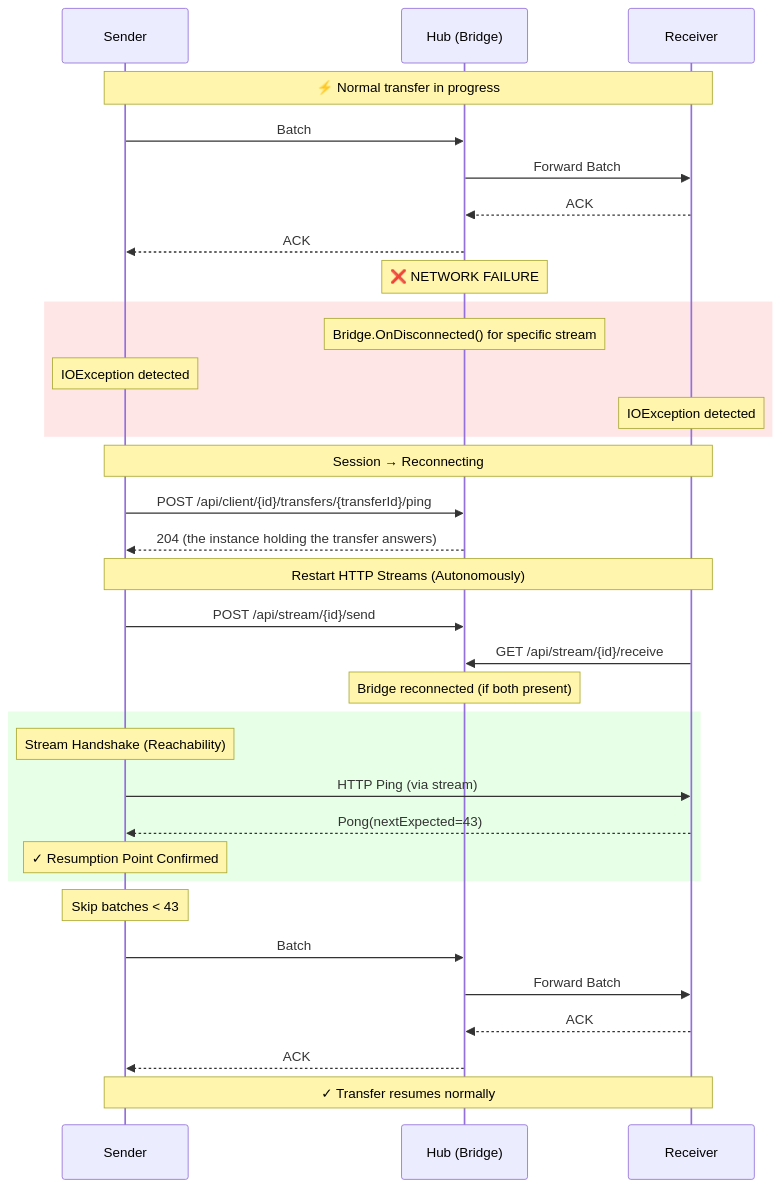
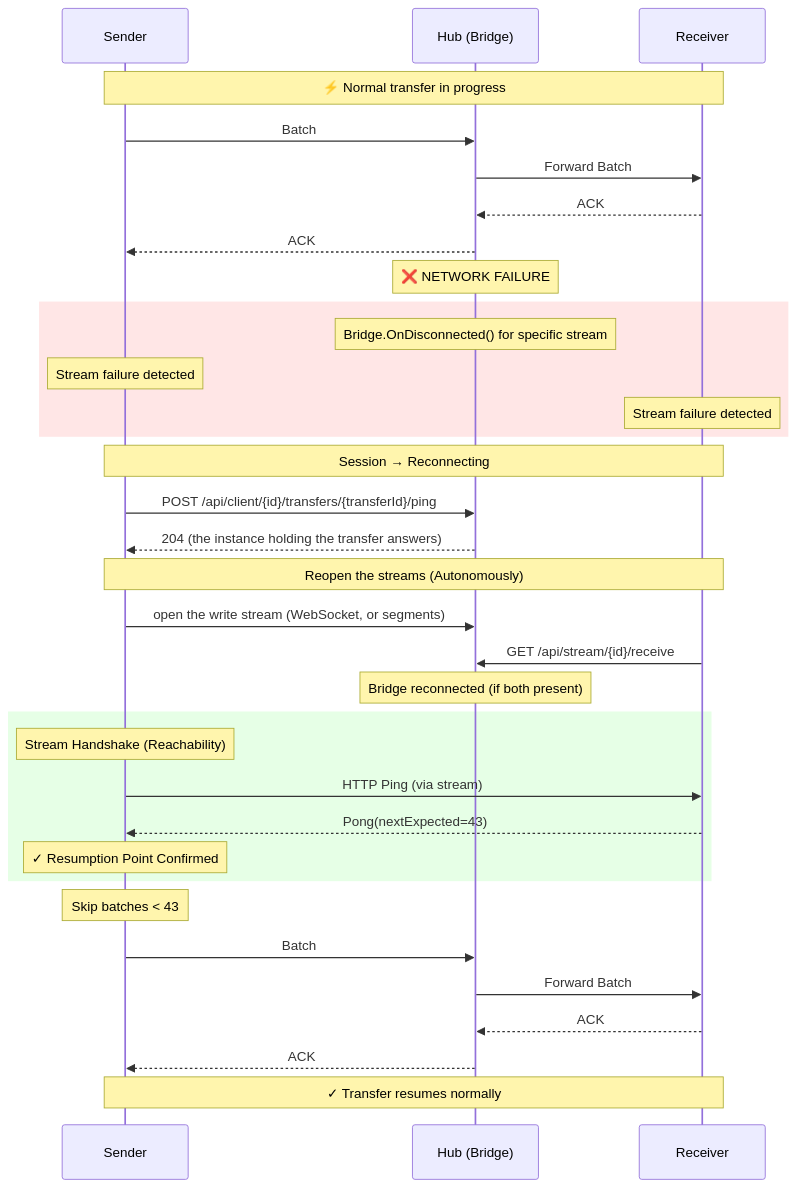
Before and after one commit to nicopon/transportr: the first of 3 diagrams in ResilienceArchitecture.md, drawn with Mermaid. The commit also changed other lines of this file and 7 other files, not shown here.

First line of the commit message:
docs: describe the write streams as a WebSocket with segments as the fallback

````diff
--- a/ResilienceArchitecture.md
+++ b/ResilienceArchitecture.md
@@ -87,48 +91,48 @@
 ```mermaid
 sequenceDiagram
     participant S as Sender
     participant H as Hub (Bridge)
     participant R as Receiver
 
     Note over S,R: ⚡ Normal transfer in progress
 
     S->>H: Batch #42
     H->>R: Forward Batch #42
     R-->>H: ACK #42
     H-->>S: ACK #42
 
     Note over H: ❌ NETWORK FAILURE
 
     rect rgb(255, 230, 230)
         Note over H: Bridge.OnDisconnected() for specific stream
-        Note over S: IOException detected
-        Note over R: IOException detected
+        Note over S: Stream failure detected
+        Note over R: Stream failure detected
     end
 
     Note over S,R: Session → Reconnecting
 
     S->>H: POST /api/client/{id}/transfers/{transferId}/ping
     H-->>S: 204 (the instance holding the transfer answers)
 
-    Note over S,R: Restart HTTP Streams (Autonomously)
+    Note over S,R: Reopen the streams (Autonomously)
 
-    S->>H: POST /api/stream/{id}/send
+    S->>H: open the write stream (WebSocket, or segments)
     R->>H: GET /api/stream/{id}/receive
     Note over H: Bridge reconnected (if both present)
 
     rect rgb(230, 255, 230)
         Note over S: Stream Handshake (Reachability)
         S->>R: HTTP Ping (via stream)
         R-->>S: Pong(nextExpected=43)
         Note over S: ✓ Resumption Point Confirmed
     end
 
     Note over S: Skip batches < 43
 
     S->>H: Batch #43 (resend)
     H->>R: Forward Batch #43
     R-->>H: ACK #43
     H-->>S: ACK #43
 
     Note over S,R: ✓ Transfer resumes normally
 ```
````
